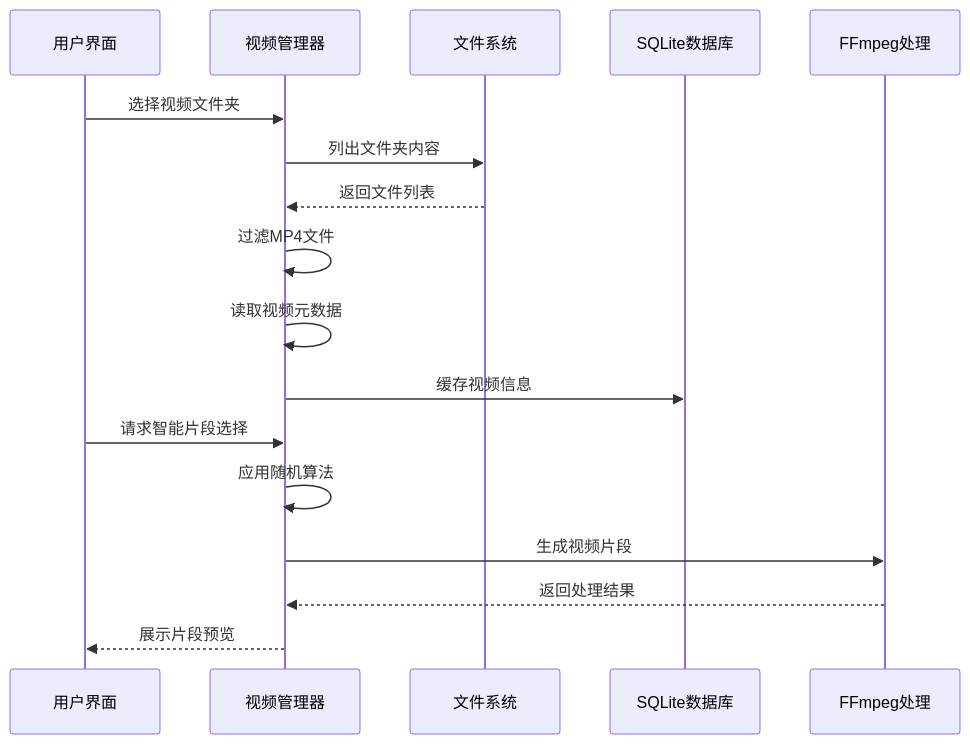
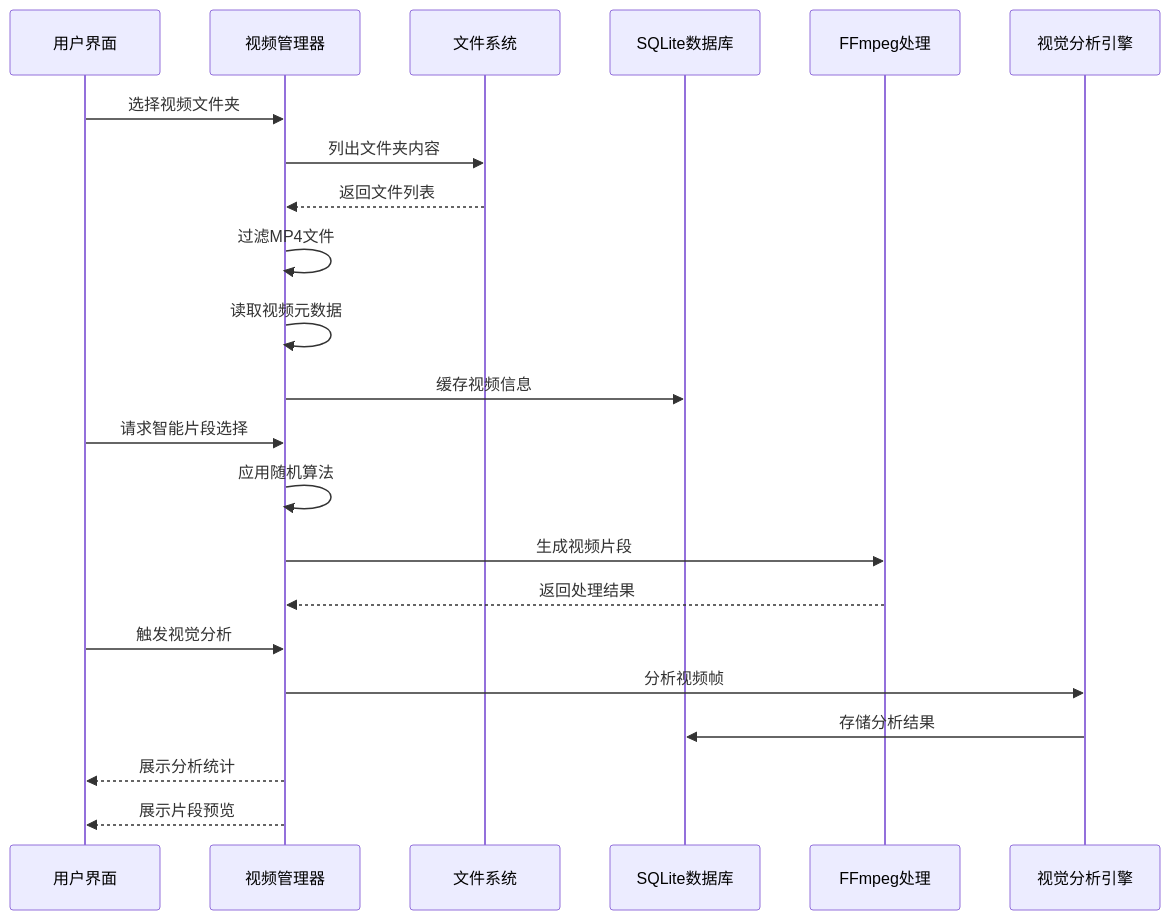
Before and after one commit to torans/crow.video: the second of 12 diagrams in .qoder/repowiki/zh/content/UI组件系统/视频管理组件.md, drawn with Mermaid. The commit also changed other lines of this file and 35 other files, not shown here.

````diff
--- a/.qoder/repowiki/zh/content/UI组件系统/视频管理组件.md
+++ b/.qoder/repowiki/zh/content/UI组件系统/视频管理组件.md
@@ -89,19 +110,24 @@
 ```mermaid
 sequenceDiagram
 participant U as 用户界面
 participant VM as 视频管理器
 participant FS as 文件系统
 participant DB as SQLite数据库
 participant FF as FFmpeg处理
+participant VL as 视觉分析引擎
 U->>VM : 选择视频文件夹
 VM->>FS : 列出文件夹内容
 FS-->>VM : 返回文件列表
 VM->>VM : 过滤MP4文件
 VM->>VM : 读取视频元数据
 VM->>DB : 缓存视频信息
 U->>VM : 请求智能片段选择
 VM->>VM : 应用随机算法
 VM->>FF : 生成视频片段
 FF-->>VM : 返回处理结果
+U->>VM : 触发视觉分析
+VM->>VL : 分析视频帧
+VL->>DB : 存储分析结果
+VM-->>U : 展示分析统计
 VM-->>U : 展示片段预览
 ```
````
